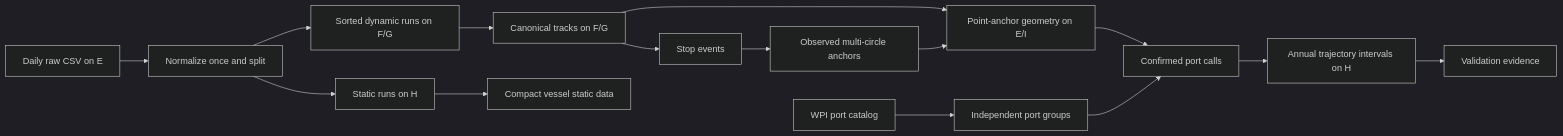
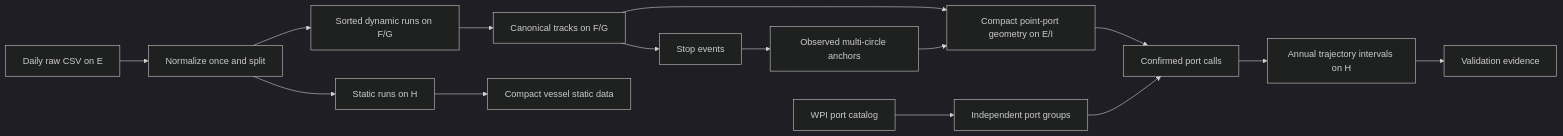
The diagram in docs/pipeline.md (Stardyst/ExtractAIS), drawn with Mermaid (dark theme) before and after one commit. The commit also changed other lines of this file and 12 other files, not shown here.

````diff
--- a/docs/pipeline.md
+++ b/docs/pipeline.md
@@ -15,17 +15,17 @@
 ```mermaid
 flowchart LR
   RAW["Daily raw CSV on E"] --> ING["Normalize once and split"]
   ING --> DR["Sorted dynamic runs on F/G"]
   ING --> SR["Static runs on H"]
   DR --> TR["Canonical tracks on F/G"]
   SR --> VS["Compact vessel static data"]
   TR --> ST["Stop events"]
   ST --> AN["Observed multi-circle anchors"]
   WPI["WPI port catalog"] --> PG["Independent port groups"]
-  TR --> GE["Point-anchor geometry on E/I"]
+  TR --> GE["Compact point-port geometry on E/I"]
   AN --> GE
   GE --> CA["Confirmed port calls"]
   PG --> CA
   CA --> IV["Annual trajectory intervals on H"]
   IV --> VA["Validation evidence"]
 ```
````
